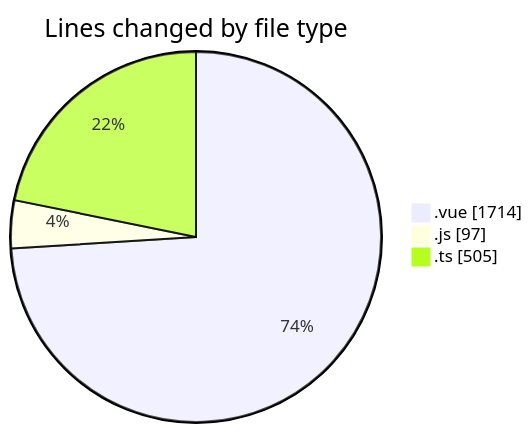
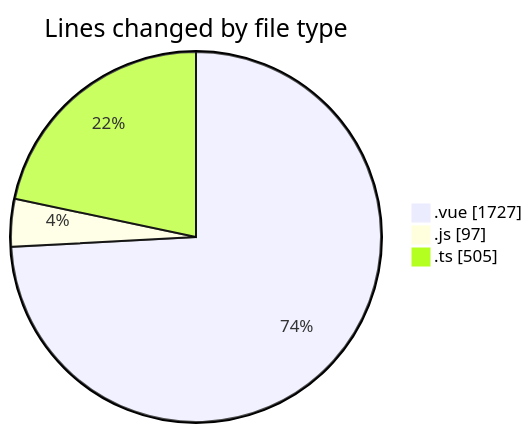
Before and after one commit to lephambinh05/code-tracking: the first of 2 diagrams in 2025-08-12/rentotp/README.md, drawn with Mermaid. The commit also changed other lines of this file and 1 other file, not shown here.

````diff
--- a/2025-08-12/rentotp/README.md
+++ b/2025-08-12/rentotp/README.md
@@ -30,7 +30,7 @@
 ```mermaid
 pie showData
 title Lines changed by file type
-".vue" : 1714
+".vue" : 1727
 ".js" : 97
 ".ts" : 505
 ```
````
